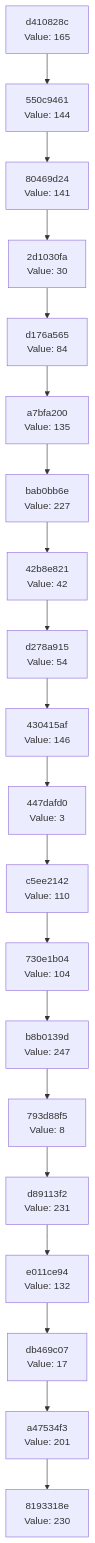
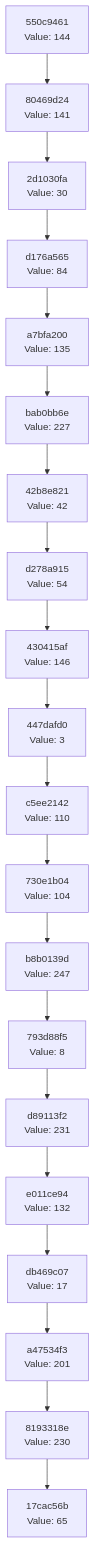
One commit to Abhisheksinha1506/hash-chain-evolver changed the diagram in docs/CHAIN_VISUALIZATION.md. Above: the diagram before and after it, drawn with Mermaid. The commit also changed 2 other files, not shown here.

Commit message:
Evolution step: hash 0x41 → action executed

````diff
--- a/docs/CHAIN_VISUALIZATION.md
+++ b/docs/CHAIN_VISUALIZATION.md
@@ -3,42 +3,42 @@
 ```mermaid
 graph TD
-    C0["8193318e<br/>Value: 230"]
-    C1["a47534f3<br/>Value: 201"]
+    C0["17cac56b<br/>Value: 65"]
+    C1["8193318e<br/>Value: 230"]
     C1 --> C0
-    C2["db469c07<br/>Value: 17"]
+    C2["a47534f3<br/>Value: 201"]
     C2 --> C1
-    C3["e011ce94<br/>Value: 132"]
+    C3["db469c07<br/>Value: 17"]
     C3 --> C2
-    C4["d89113f2<br/>Value: 231"]
+    C4["e011ce94<br/>Value: 132"]
     C4 --> C3
-    C5["793d88f5<br/>Value: 8"]
+    C5["d89113f2<br/>Value: 231"]
     C5 --> C4
-    C6["b8b0139d<br/>Value: 247"]
+    C6["793d88f5<br/>Value: 8"]
     C6 --> C5
-    C7["730e1b04<br/>Value: 104"]
+    C7["b8b0139d<br/>Value: 247"]
     C7 --> C6
-    C8["c5ee2142<br/>Value: 110"]
+    C8["730e1b04<br/>Value: 104"]
     C8 --> C7
-    C9["447dafd0<br/>Value: 3"]
+    C9["c5ee2142<br/>Value: 110"]
     C9 --> C8
-    C10["430415af<br/>Value: 146"]
+    C10["447dafd0<br/>Value: 3"]
     C10 --> C9
-    C11["d278a915<br/>Value: 54"]
+    C11["430415af<br/>Value: 146"]
     C11 --> C10
-    C12["42b8e821<br/>Value: 42"]
+    C12["d278a915<br/>Value: 54"]
     C12 --> C11
-    C13["bab0bb6e<br/>Value: 227"]
+    C13["42b8e821<br/>Value: 42"]
     C13 --> C12
-    C14["a7bfa200<br/>Value: 135"]
+    C14["bab0bb6e<br/>Value: 227"]
     C14 --> C13
-    C15["d176a565<br/>Value: 84"]
+    C15["a7bfa200<br/>Value: 135"]
     C15 --> C14
-    C16["2d1030fa<br/>Value: 30"]
+    C16["d176a565<br/>Value: 84"]
     C16 --> C15
-    C17["80469d24<br/>Value: 141"]
+    C17["2d1030fa<br/>Value: 30"]
     C17 --> C16
-    C18["550c9461<br/>Value: 144"]
+    C18["80469d24<br/>Value: 141"]
     C18 --> C17
-    C19["d410828c<br/>Value: 165"]
+    C19["550c9461<br/>Value: 144"]
     C19 --> C18
 ```
````
